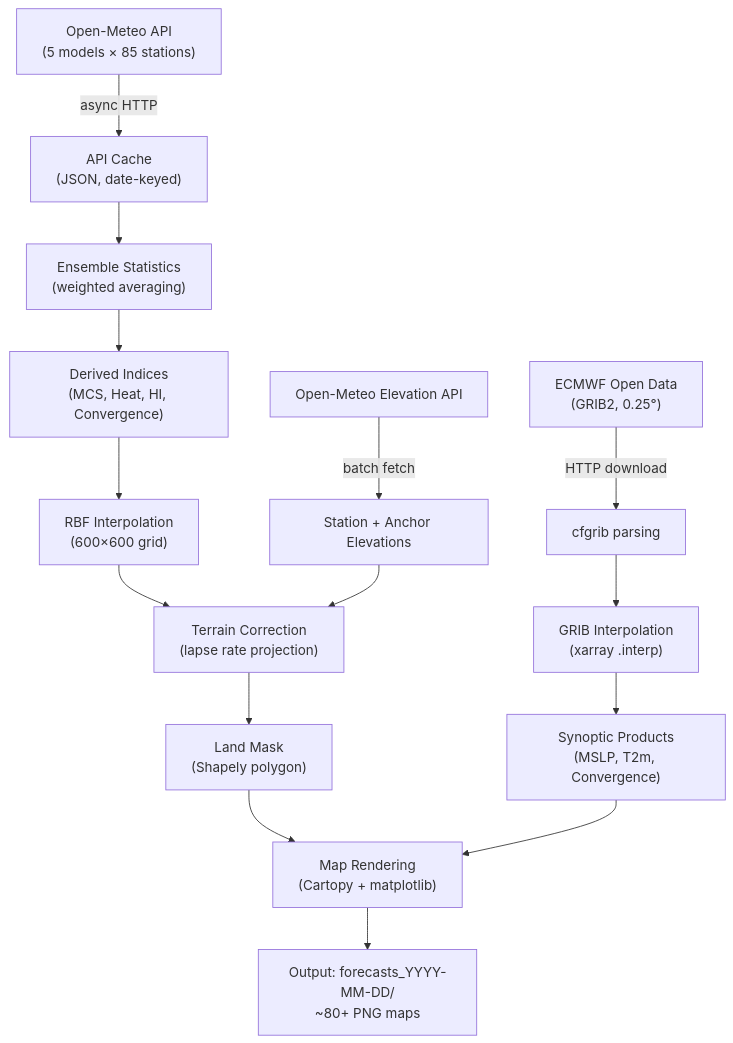
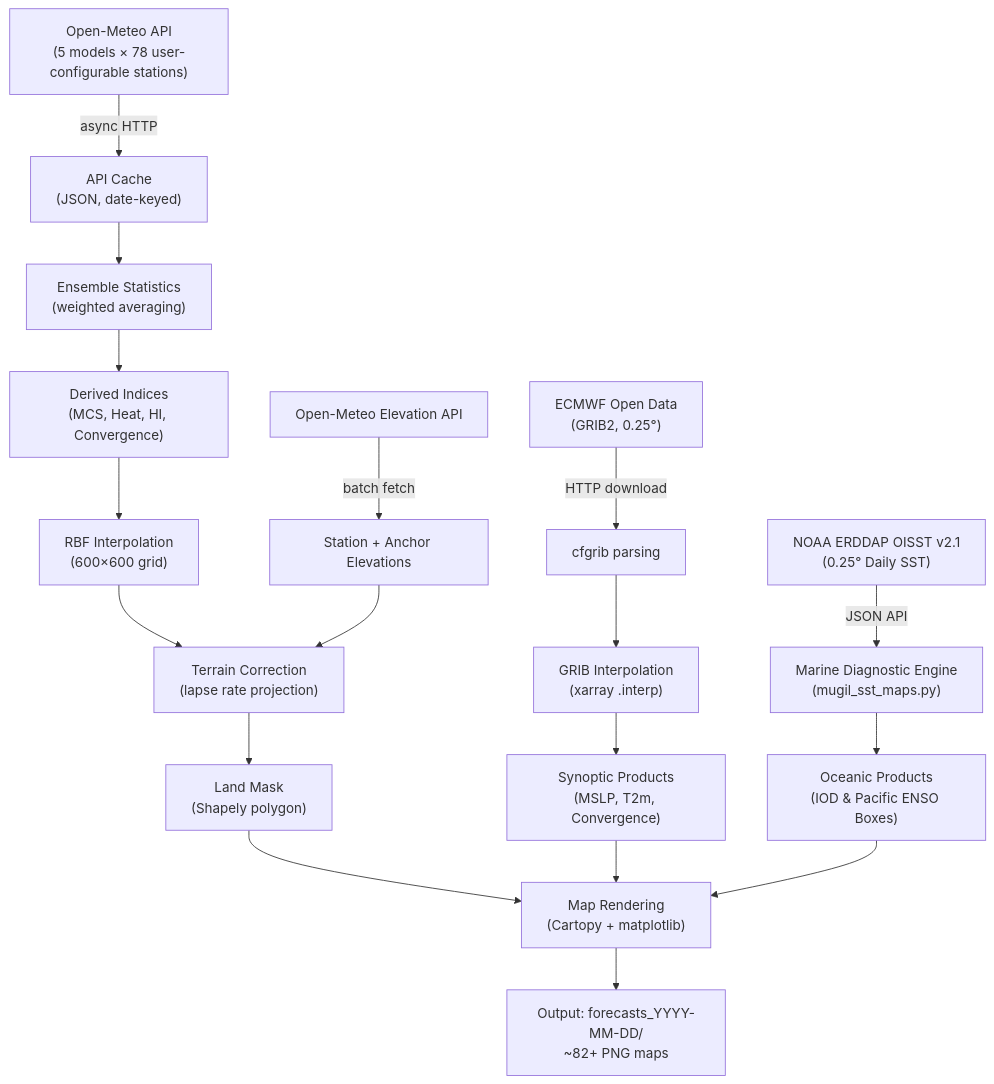
One commit to auarunkumar1/mugil-ensemble changed the diagram in README.md. Above: the diagram before and after it, drawn with Mermaid. The commit also changed other lines of this file and 2 other files, not shown here.

Commit message:
docs: update README with user-configurable network and oceanic diagnostics; feat: add mugil_sst_maps module

````diff
--- a/README.md
+++ b/README.md
@@ -26,20 +27,24 @@
 ```mermaid
 flowchart TD
-    A["Open-Meteo API<br/>(5 models × 85 stations)"] -->|async HTTP| B["API Cache<br/>(JSON, date-keyed)"]
+    A["Open-Meteo API<br/>(5 models × 78 user-configurable stations)"] -->|async HTTP| B["API Cache<br/>(JSON, date-keyed)"]
     B --> C["Ensemble Statistics<br/>(weighted averaging)"]
     C --> D["Derived Indices<br/>(MCS, Heat, HI, Convergence)"]
     D --> E["RBF Interpolation<br/>(600×600 grid)"]
     E --> F["Terrain Correction<br/>(lapse rate projection)"]
     F --> G["Land Mask<br/>(Shapely polygon)"]
     G --> H["Map Rendering<br/>(Cartopy + matplotlib)"]
 
     I["ECMWF Open Data<br/>(GRIB2, 0.25°)"] -->|HTTP download| J["cfgrib parsing"]
     J --> K["GRIB Interpolation<br/>(xarray .interp)"]
     K --> L["Synoptic Products<br/>(MSLP, T2m, Convergence)"]
     L --> H
 
-    H --> M["Output: forecasts_YYYY-MM-DD/<br/>~80+ PNG maps"]
+    N["NOAA ERDDAP OISST v2.1<br/>(0.25° Daily SST)"] -->|JSON API| P["Marine Diagnostic Engine<br/>(mugil_sst_maps.py)"]
+    P --> Q["Oceanic Products<br/>(IOD & Pacific ENSO Boxes)"]
+    Q --> H
 
-    N["Open-Meteo Elevation API"] -->|batch fetch| O["Station + Anchor Elevations"]
-    O --> F
+    H --> M["Output: forecasts_YYYY-MM-DD/<br/>~82+ PNG maps"]
+
+    R["Open-Meteo Elevation API"] -->|batch fetch| S["Station + Anchor Elevations"]
+    S --> F
 ```
````
